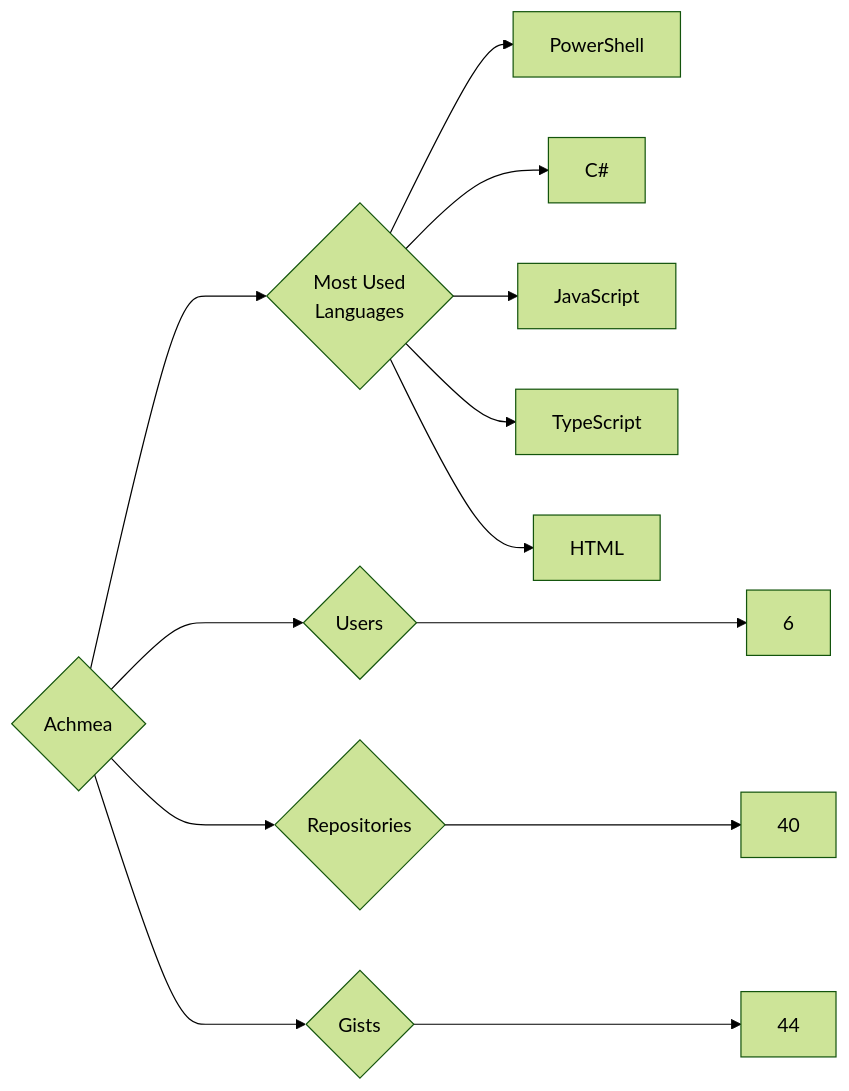
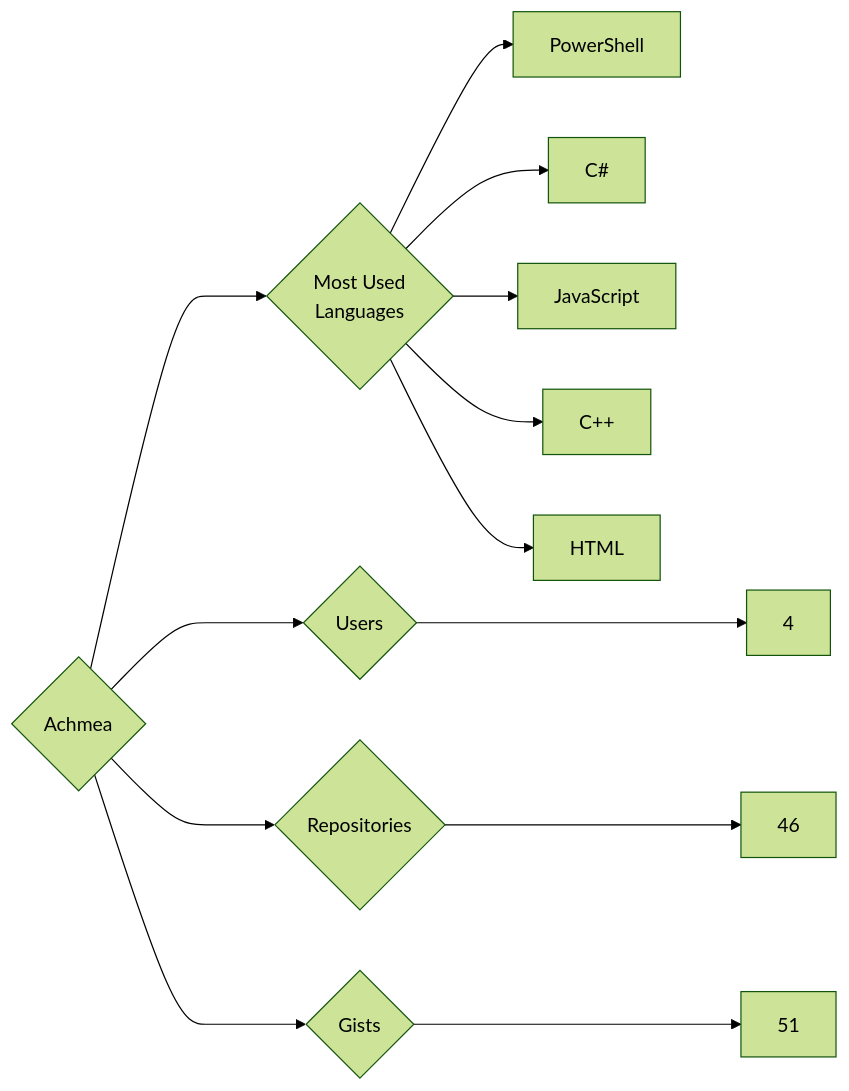
The diagram in targets/Achmea/README.md (trickest/insiders), drawn with Mermaid (forest theme) before and after one commit. The commit also changed 1167 other files, not shown here.

````diff
--- a/targets/Achmea/README.md
+++ b/targets/Achmea/README.md
@@ -3,13 +3,13 @@
 ```mermaid
 graph LR
 COMPANY_NAME{Achmea}
-COMPANY_NAME ---> U{Users} ---> UN[6]
-COMPANY_NAME ---> R{Repositories} ---> RN[40]
-COMPANY_NAME ---> G{Gists} ---> GN[44]
+COMPANY_NAME ---> U{Users} ---> UN[4]
+COMPANY_NAME ---> R{Repositories} ---> RN[46]
+COMPANY_NAME ---> G{Gists} ---> GN[51]
 COMPANY_NAME ---> ML{Most Used<br>Languages}
 ML --> PowerShell[PowerShell]
 ML --> C#[C#]
 ML --> JavaScript[JavaScript]
-ML --> TypeScript[TypeScript]
+ML --> C++[C++]
 ML --> HTML[HTML]
 ```
````
